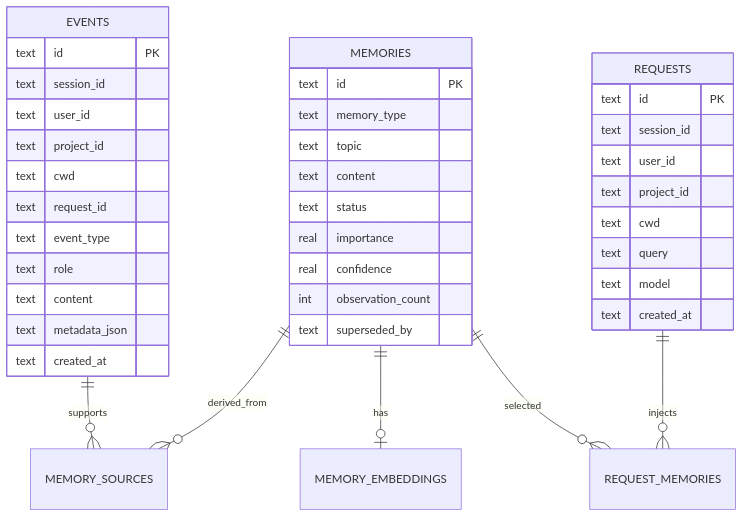
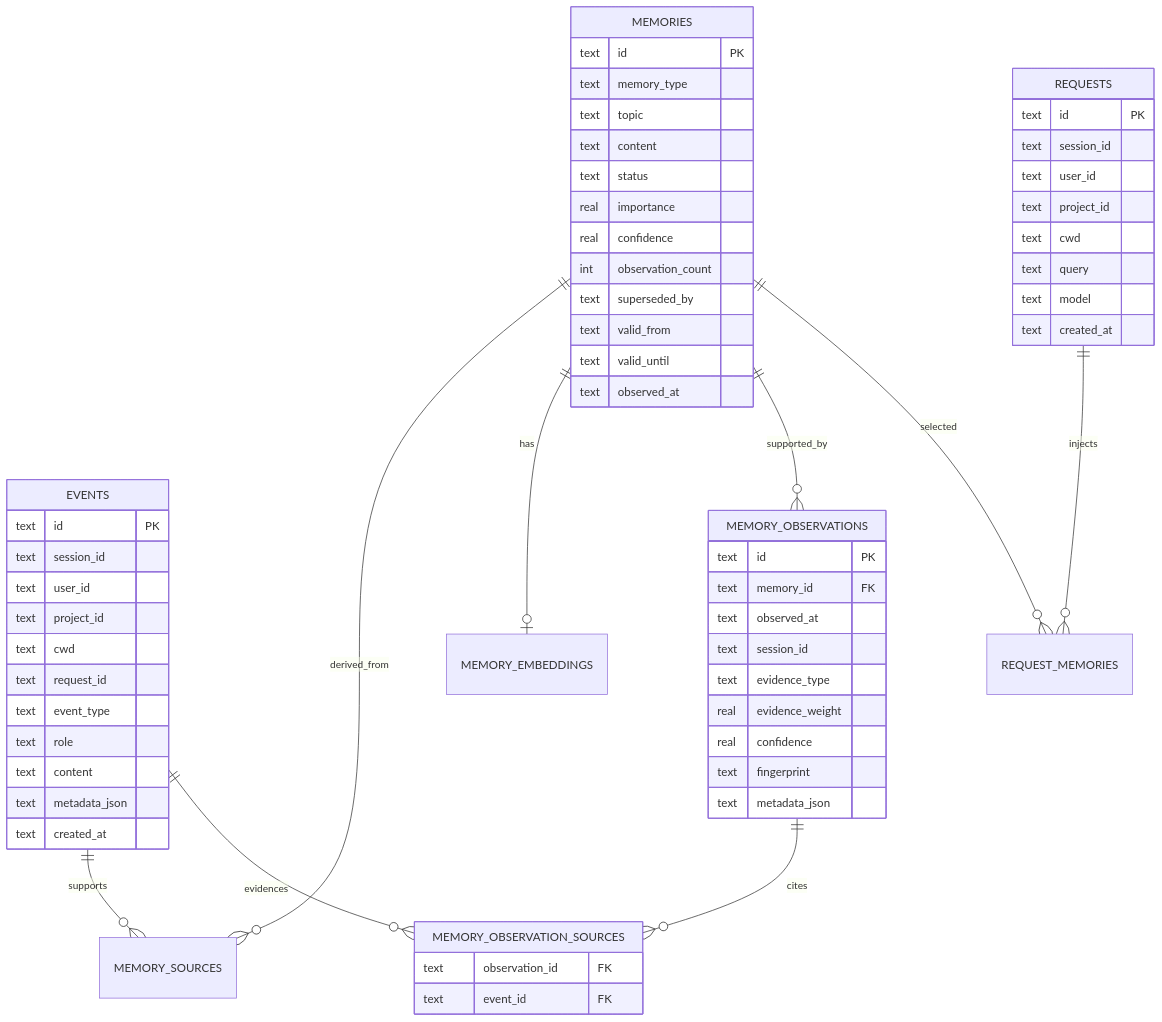
One commit to aspotton/infinitum changed the third of 7 diagrams in docs/ARCHITECTURE.md. Above: the diagram before and after it, drawn with Mermaid. The commit also changed other lines of this file and 5 other files, not shown here.

Commit message:
docs(roadmap): record Phase 1 shipped scope; consolidation deferred to its own update

````diff
--- a/docs/ARCHITECTURE.md
+++ b/docs/ARCHITECTURE.md
@@ -52,43 +54,64 @@
 ```mermaid
 erDiagram
     EVENTS ||--o{ MEMORY_SOURCES : supports
     MEMORIES ||--o{ MEMORY_SOURCES : derived_from
     MEMORIES ||--o| MEMORY_EMBEDDINGS : has
+    MEMORIES ||--o{ MEMORY_OBSERVATIONS : supported_by
+    MEMORY_OBSERVATIONS ||--o{ MEMORY_OBSERVATION_SOURCES : cites
+    EVENTS ||--o{ MEMORY_OBSERVATION_SOURCES : evidences
     REQUESTS ||--o{ REQUEST_MEMORIES : injects
     MEMORIES ||--o{ REQUEST_MEMORIES : selected
 
     EVENTS {
       text id PK
       text session_id
       text user_id
       text project_id
       text cwd
       text request_id
       text event_type
       text role
       text content
       text metadata_json
       text created_at
     }
     MEMORIES {
       text id PK
       text memory_type
       text topic
       text content
       text status
       real importance
       real confidence
       int observation_count
       text superseded_by
+      text valid_from
+      text valid_until
+      text observed_at
+    }
+    MEMORY_OBSERVATIONS {
+      text id PK
+      text memory_id FK
+      text observed_at
+      text session_id
+      text evidence_type
+      real evidence_weight
+      real confidence
+      text fingerprint
+      text metadata_json
+    }
+    MEMORY_OBSERVATION_SOURCES {
+      text observation_id FK
+      text event_id FK
     }
     REQUESTS {
       text id PK
       text session_id
       text user_id
       text project_id
       text cwd
       text query
       text model
       text created_at
     }
 ```
````
